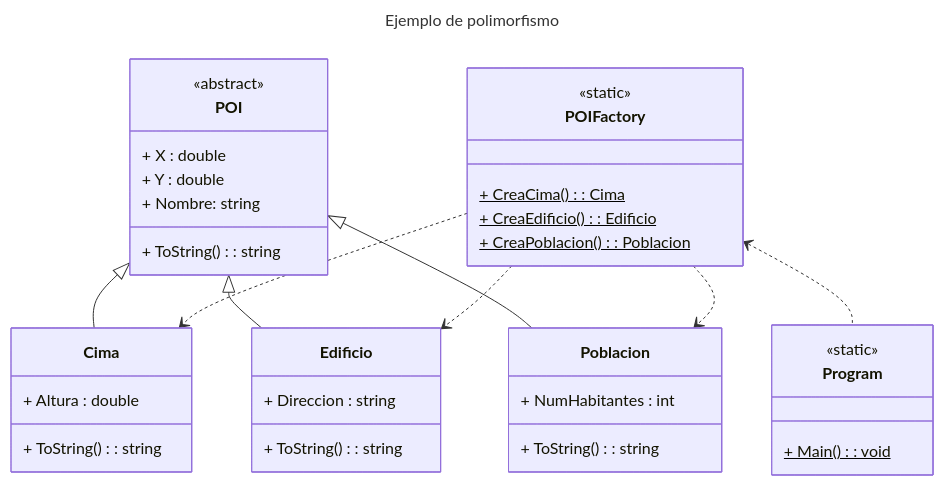
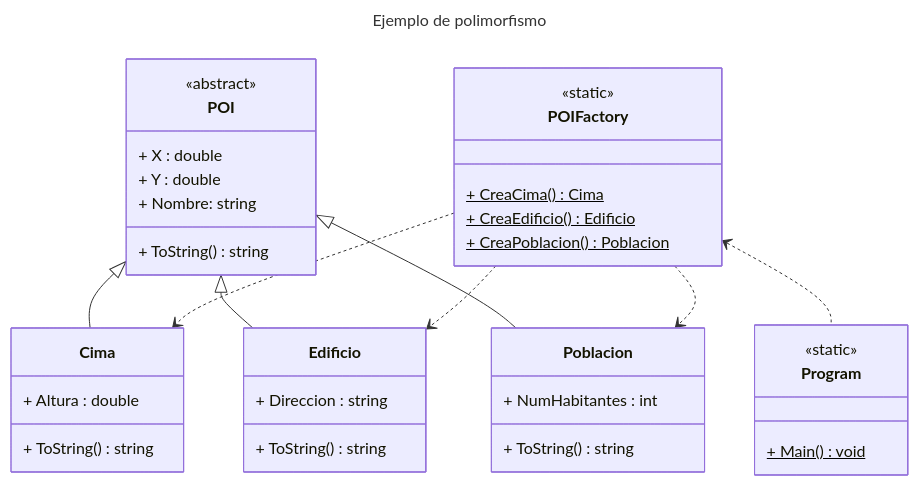
The diagram in teoria/POIS/README.md (Kingomac/DIA), drawn with Mermaid before and after one commit.

Commit message:
Arreglar métodos diagrama POIS

````diff
--- a/teoria/POIS/README.md
+++ b/teoria/POIS/README.md
@@ -7,48 +7,48 @@
 ```mermaid
 ---
 title: Ejemplo de polimorfismo
 ---
 classDiagram
 	class POI {
 	<<abstract>>
     	+ X : double
     	+ Y : double
     	+ Nombre: string
-    	+ ToString() : string
+    	+ ToString()  string
 	}
 	class Cima {
 		+ Altura : double
-		+ ToString() : string
+		+ ToString()  string
 	}
 	class Edificio {
 		+ Direccion : string
-		+ ToString() : string
+		+ ToString()  string
 	}
 	class Poblacion {
 		+ NumHabitantes : int
-		+ ToString() : string
+		+ ToString()  string
 	}
 	
 	POI<|--Cima
 	POI<|--Edificio
 	POI<|--Poblacion
 	
 	class Program {
 		<<static>>
-		 + Main() : void$
+		 + Main()  void$
 	}
 	
 	POIFactory<..Program
 	POIFactory..>Cima
 	POIFactory..>Edificio
 	POIFactory..>Poblacion
 	
 		class POIFactory {
 		<<static>>
-		+ CreaCima() : Cima$
-		+ CreaEdificio() : Edificio$
-		+ CreaPoblacion() : Poblacion$
+		+ CreaCima()  Cima$
+		+ CreaEdificio()  Edificio$
+		+ CreaPoblacion()  Poblacion$
 	}
 
 
 ```
````
